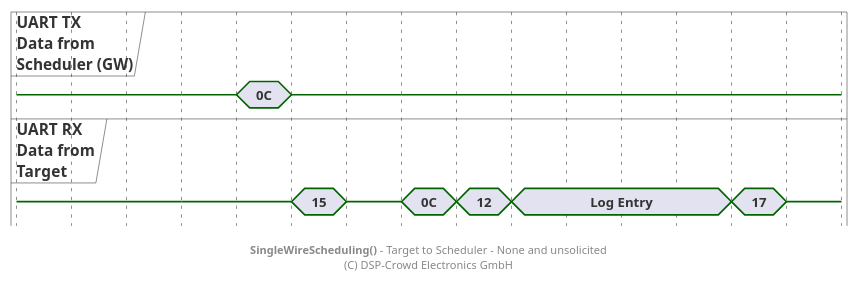
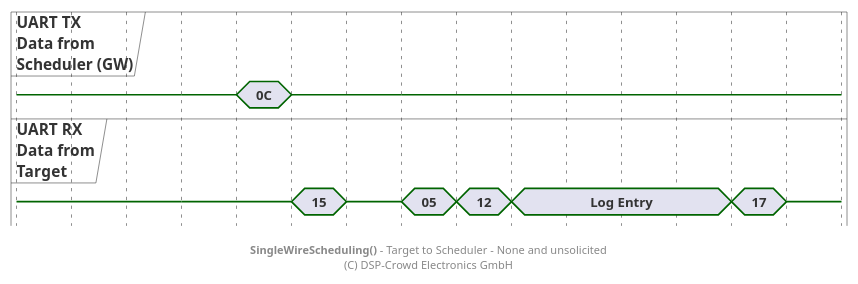
The diagram in doc/system/protocol/A6_swt-target-to-sched_unsolicited_1.pu (NoOrientationProgramming/code-orb), drawn with PlantUML before and after one commit. The commit also changed 5 other files, not shown here.

```diff
--- a/doc/system/protocol/A6_swt-target-to-sched_unsolicited_1.pu
+++ b/doc/system/protocol/A6_swt-target-to-sched_unsolicited_1.pu
@@ -2,44 +2,44 @@
 @startuml
 
 hide time-axis
 
 concise "UART TX\nData from\nScheduler (GW)" as ctrl
 concise "UART RX\nData from\nTarget" as tar
 
 @0
 ctrl is {-}
 tar is {-}
 
 @+60
 ctrl is {-}
 tar is {-}
 
 @+20
 ctrl is "0C"
 
 @+20
 ctrl is {-}
 tar is "15"
 
 @+20
 tar is {-}
 
 @+20
 ctrl is {-}
-tar is "0C"
+tar is "05"
 
 @+20
 tar is "12"
 
 @+20
 tar is "Log Entry"
 
 @+80
 tar is "17"
 
 @+20
 tar is {-}
 
 footer **SingleWireScheduling()** - Target to Scheduler - None and unsolicited\n(C) DSP-Crowd Electronics GmbH
 
 @enduml
```
